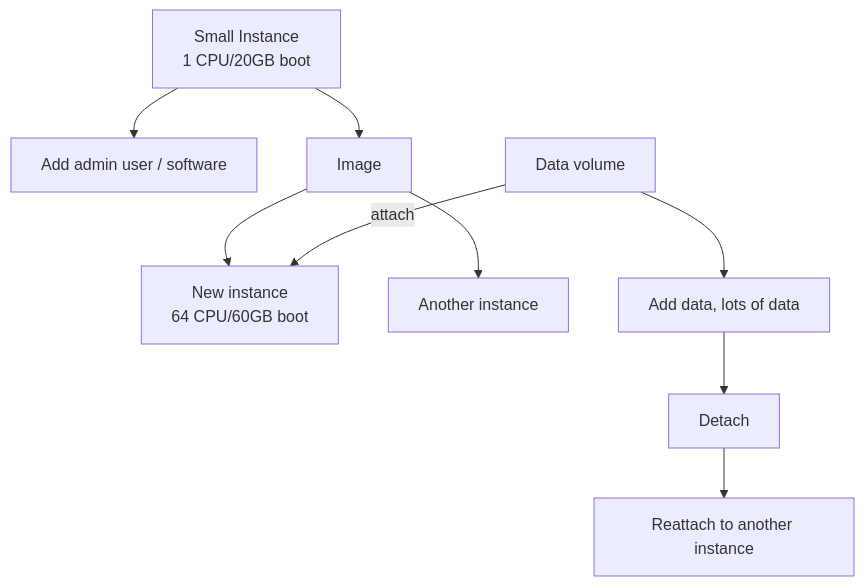
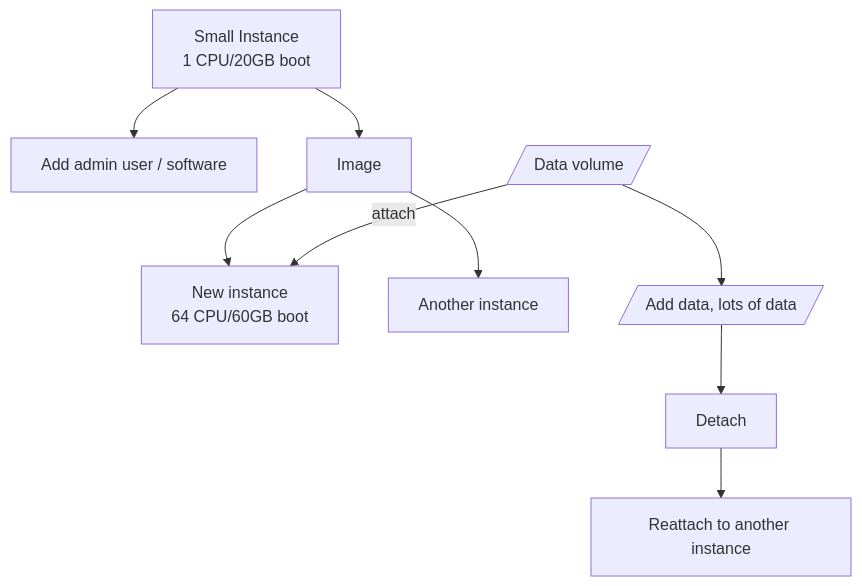
The diagram in getting-started.md (AntibodyEngineers/2024-Antibodies-and-AI), drawn with Mermaid before and after one commit.

````diff
--- a/getting-started.md
+++ b/getting-started.md
@@ -7,10 +7,10 @@
 ```mermaid
     flowchart TD
     
     A[Small Instance<br/>1 CPU/20GB boot] --> B[Add admin user / software]
     A-->C[Image] --> D[New instance<br/>64 CPU/60GB boot]
-    E[Data volume]
+    E[/Data volume/]
     E -- attach --> D
     C --> I[Another instance]
-    E-->F[Add data, lots of data] --> G[Detach] --> H[Reattach to another instance]
+    E-->F[/Add data, lots of data/] --> Detach --> H[Reattach to another instance]
 ```
````
